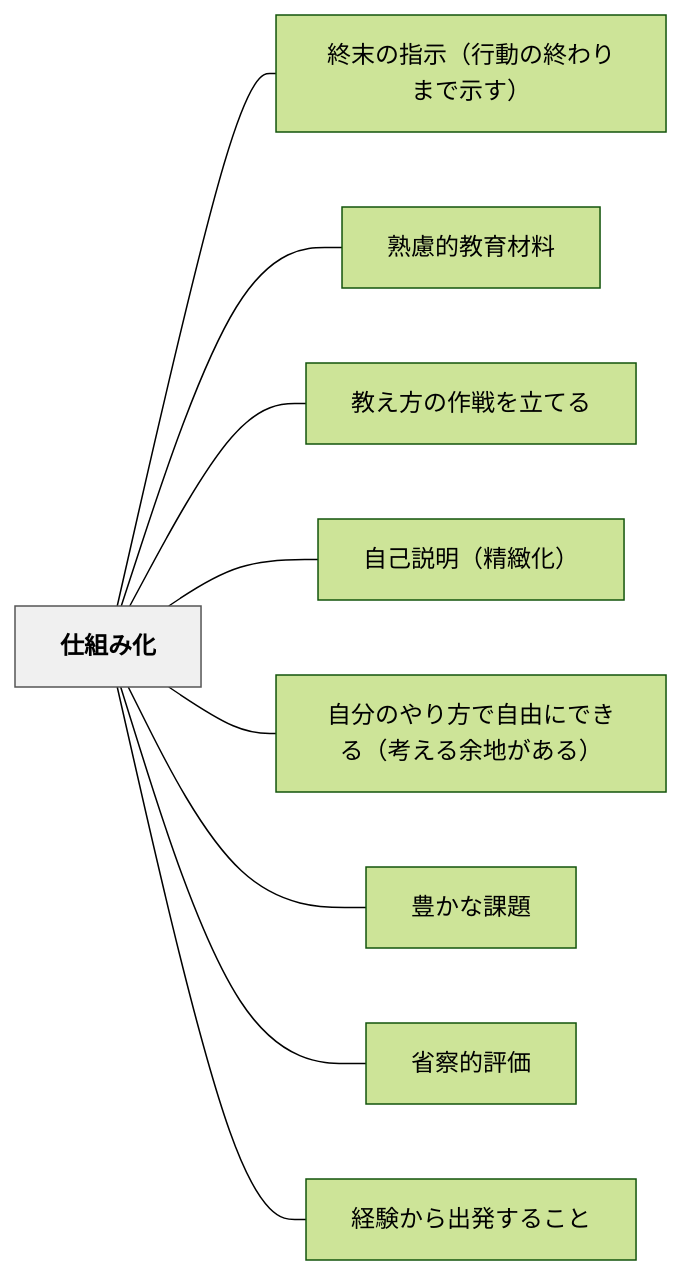
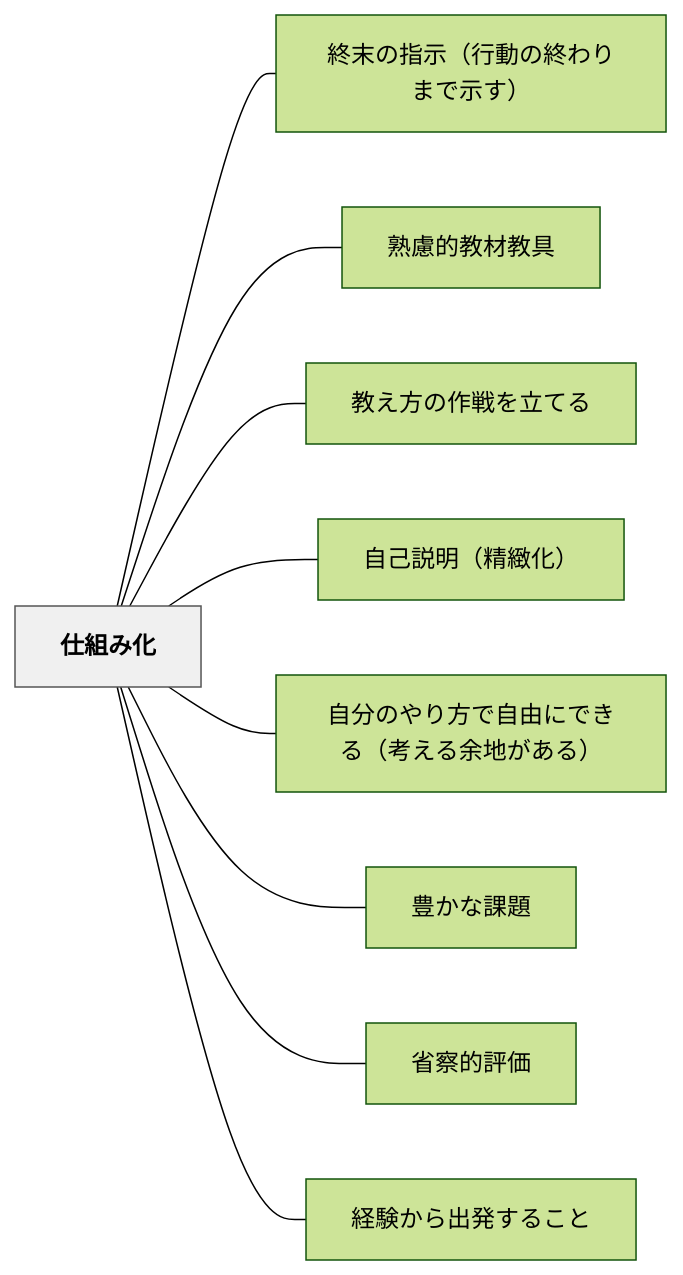
One commit to unknownthings-ed-patterns/unknownthings-ed-patterns changed the diagram in content/パタン/仕組み化.md. Above: the diagram before and after it, drawn with Mermaid (forest theme). The commit also changed 72 other files, not shown here.

````diff
--- a/content/パタン/仕組み化.md
+++ b/content/パタン/仕組み化.md
@@ -51,24 +51,24 @@
 ```mermaid
 flowchart LR
     ne4bb95e7b584e381bfe58c96["仕組み化"]
     ne7b582e69cabe381aee68c87e7a4baefbc88e8a18ce58b95e381aee7b582e3828fe3828ae381bee381a7e7a4bae38199efbc89["終末の指示（行動の終わりまで示す）"]
-    ne7869fe685aee79a84e69599e882b2e69d90e69699["熟慮的教育材料"]
+    ne7869fe685aee79a84e69599e69d90e69599e585b7["熟慮的教材教具"]
     ne69599e38188e696b9e381aee4bd9ce688a6e38292e7ab8be381a6e3828b["教え方の作戦を立てる"]
     ne887aae5b7b1e8aaace6988eefbc88e7b2bee7b7bbe58c96efbc89["自己説明（精緻化）"]
     ne887aae58886e381aee38284e3828ae696b9e381a7e887aae794b1e381abe381a7e3818de3828befbc88e88083e38188e3828be4bd99e59cb0e3818ce38182e3828befbc89["自分のやり方で自由にできる（考える余地がある）"]
     ne8b18ae3818be381aae8aab2e9a18c["豊かな課題"]
     ne79c81e5af9fe79a84e8a995e4bea1["省察的評価"]
     ne7b58ce9a893e3818be38289e587bae799bae38199e3828be38193e381a8["経験から出発すること"]
 
     ne4bb95e7b584e381bfe58c96 --- ne7b582e69cabe381aee68c87e7a4baefbc88e8a18ce58b95e381aee7b582e3828fe3828ae381bee381a7e7a4bae38199efbc89
-    ne4bb95e7b584e381bfe58c96 --- ne7869fe685aee79a84e69599e882b2e69d90e69699
+    ne4bb95e7b584e381bfe58c96 --- ne7869fe685aee79a84e69599e69d90e69599e585b7
     ne4bb95e7b584e381bfe58c96 --- ne69599e38188e696b9e381aee4bd9ce688a6e38292e7ab8be381a6e3828b
     ne4bb95e7b584e381bfe58c96 --- ne887aae5b7b1e8aaace6988eefbc88e7b2bee7b7bbe58c96efbc89
     ne4bb95e7b584e381bfe58c96 --- ne887aae58886e381aee38284e3828ae696b9e381a7e887aae794b1e381abe381a7e3818de3828befbc88e88083e38188e3828be4bd99e59cb0e3818ce38182e3828befbc89
     ne4bb95e7b584e381bfe58c96 --- ne8b18ae3818be381aae8aab2e9a18c
     ne4bb95e7b584e381bfe58c96 --- ne79c81e5af9fe79a84e8a995e4bea1
     ne4bb95e7b584e381bfe58c96 --- ne7b58ce9a893e3818be38289e587bae799bae38199e3828be38193e381a8
 
     classDef hub fill:#f0f0f0,stroke:#555,color:#000,font-weight:bold
     class ne4bb95e7b584e381bfe58c96 hub
 ```
````
